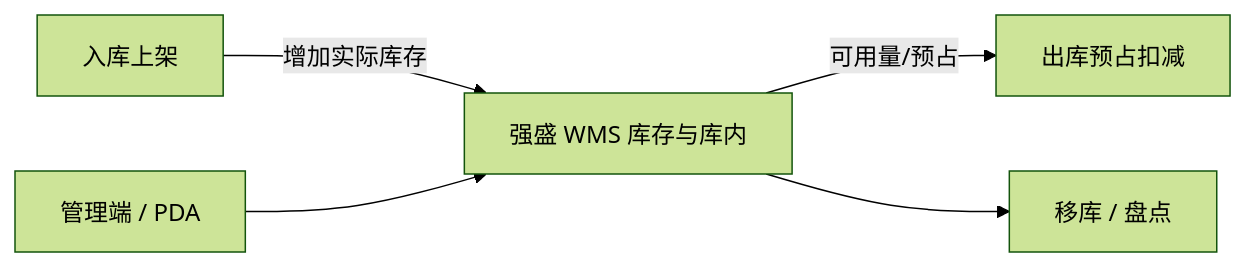
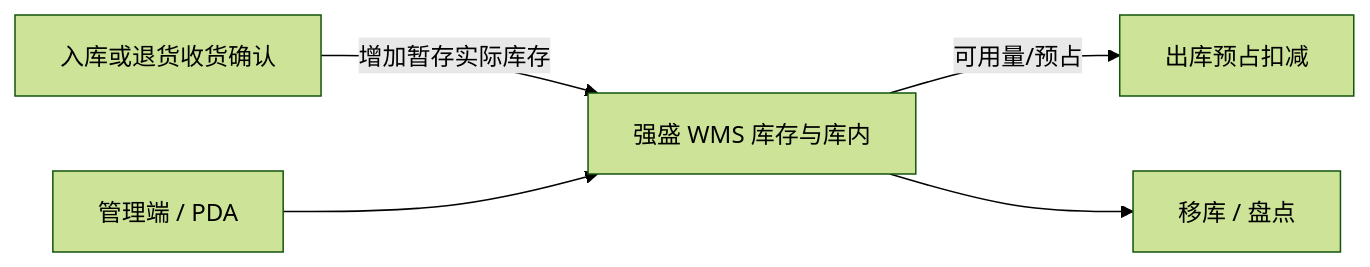
Before and after one commit to TopVitamin/QS-WMS-Project: the second of 2 diagrams in 03-需求调研和分析/04-库存与库内业务/库存与库内业务需求调研.md, drawn with Mermaid (forest theme). The commit also changed other lines of this file and 139 other files, not shown here.

````diff
--- a/03-需求调研和分析/04-库存与库内业务/库存与库内业务需求调研.md
+++ b/03-需求调研和分析/04-库存与库内业务/库存与库内业务需求调研.md
@@ -68,8 +68,8 @@
 ```mermaid
 flowchart LR
     W[强盛 WMS 库存与库内]
-    IN[入库上架] -->|增加实际库存| W
+    IN[入库或退货收货确认] -->|增加暂存实际库存| W
     W -->|可用量/预占| OUT[出库预占扣减]
     W --> M[移库 / 盘点]
     S[管理端 / PDA] --> W
 ```
````
